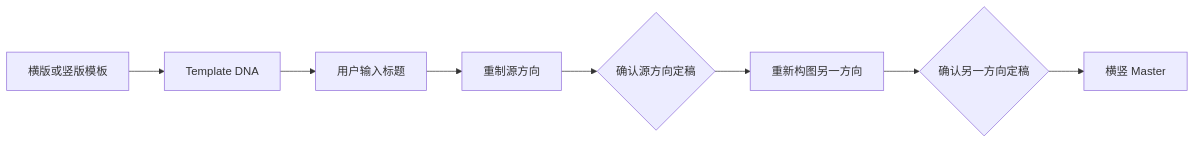
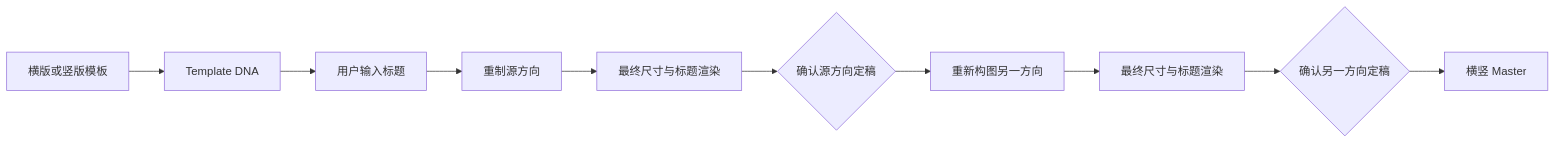
Before and after one commit to liuxiaoliu2019/certificate-template-studio: the second of 2 diagrams in README.md, drawn with Mermaid. The commit also changed other lines of this file and 36 other files, not shown here.

````diff
--- a/README.md
+++ b/README.md
@@ -48,10 +53,12 @@
 ```mermaid
 flowchart LR
     A[横版或竖版模板] --> B[Template DNA]
     B --> C[用户输入标题]
     C --> D[重制源方向]
-    D --> E{确认源方向定稿}
-    E --> F[重新构图另一方向]
-    F --> G{确认另一方向定稿}
-    G --> H[横竖 Master]
+    D --> E[最终尺寸与标题渲染]
+    E --> F{确认源方向定稿}
+    F --> G[重新构图另一方向]
+    G --> H[最终尺寸与标题渲染]
+    H --> I{确认另一方向定稿}
+    I --> J[横竖 Master]
 ```
````
